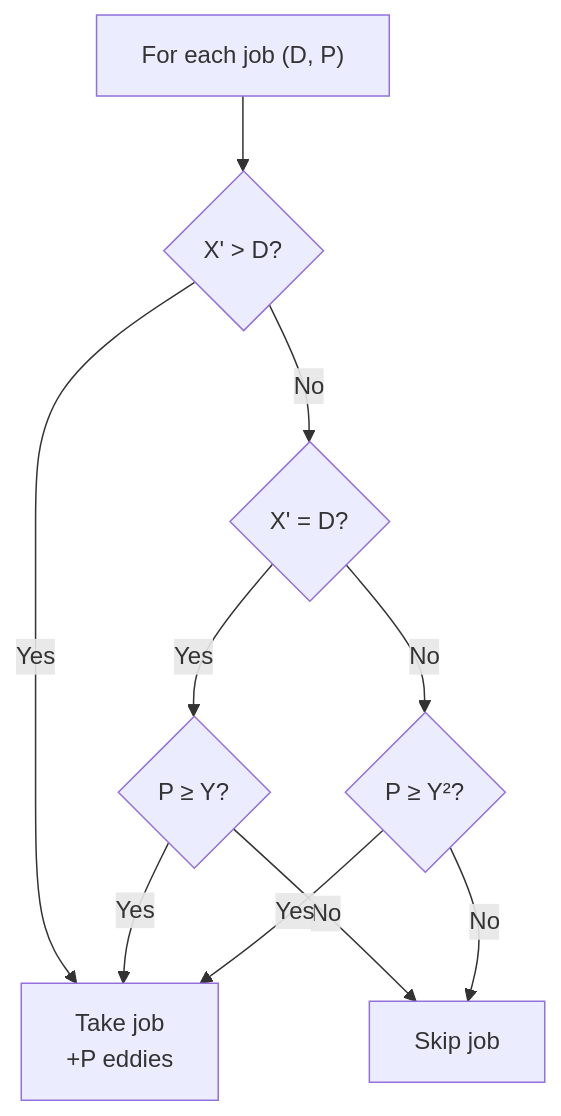
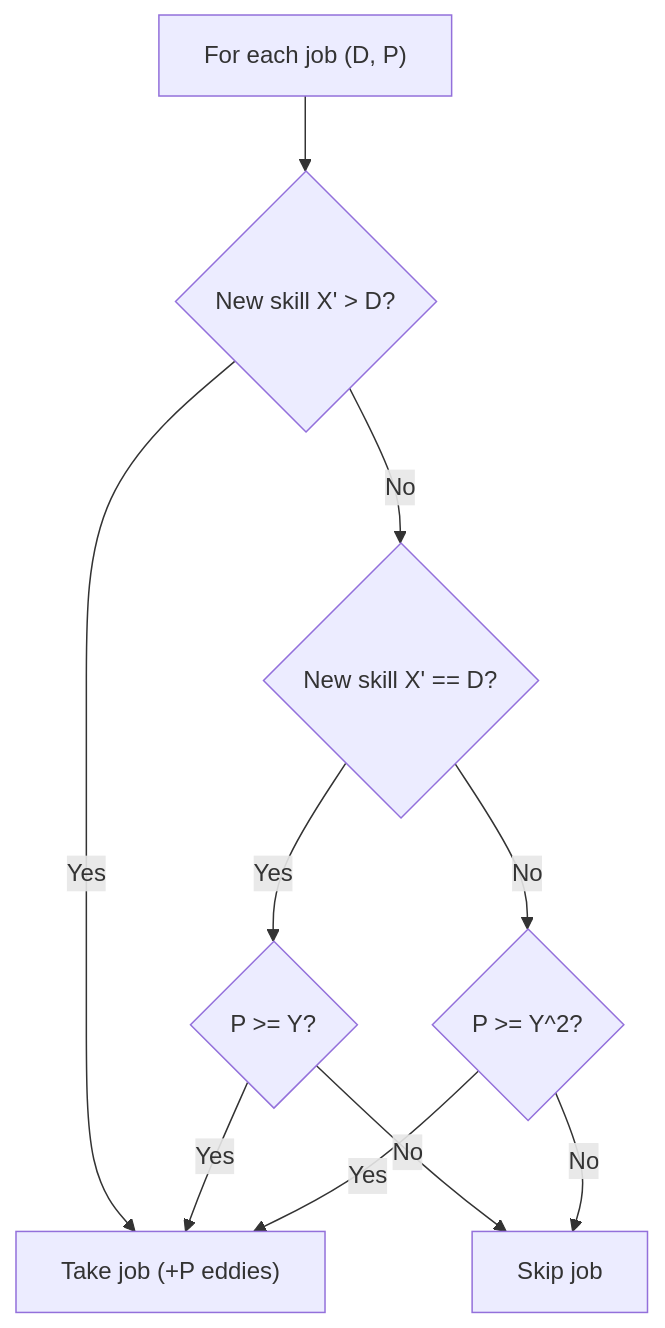
Before and after one commit to 2ru17/Project-Engram: the diagram in content/Main Notes/3rd Year/Term 1/CSALGCM/Module 2 - Divide and Conquer/Problem Sets/[PS] Empress Arcana Problems/04 - Never Fade Away.md, drawn with Mermaid. The commit also changed other lines of this file and 84 other files, not shown here.

````diff
--- a/content/Main Notes/3rd Year/Term 1/CSALGCM/Module 2 - Divide and Conquer/Problem Sets/[PS] Empress Arcana Problems/04 - Never Fade Away.md
+++ b/content/Main Notes/3rd Year/Term 1/CSALGCM/Module 2 - Divide and Conquer/Problem Sets/[PS] Empress Arcana Problems/04 - Never Fade Away.md
@@ -85,12 +94,12 @@
 ```mermaid
 flowchart TD
-    Start["For each job (D, P)"] --> C1{"X' > D?"}
-    C1 -->|Yes| Take["Take job\n+P eddies"]
-    C1 -->|No| C2{"X' = D?"}
-    C2 -->|Yes| C3{"P ≥ Y?"}
-    C3 -->|Yes| Take
-    C3 -->|No| Skip["Skip job"]
-    C2 -->|No| C4{"P ≥ Y²?"}
-    C4 -->|Yes| Take
-    C4 -->|No| Skip
+    Start["For each job (D, P)"] --> C1{"New skill X' > D?"}
+    C1 -->|"Yes"| Take["Take job (+P eddies)"]
+    C1 -->|"No"| C2{"New skill X' == D?"}
+    C2 -->|"Yes"| C3{"P >= Y?"}
+    C3 -->|"Yes"| Take
+    C3 -->|"No"| Skip["Skip job"]
+    C2 -->|"No"| C4{"P >= Y^2?"}
+    C4 -->|"Yes"| Take
+    C4 -->|"No"| Skip
 ```
````
